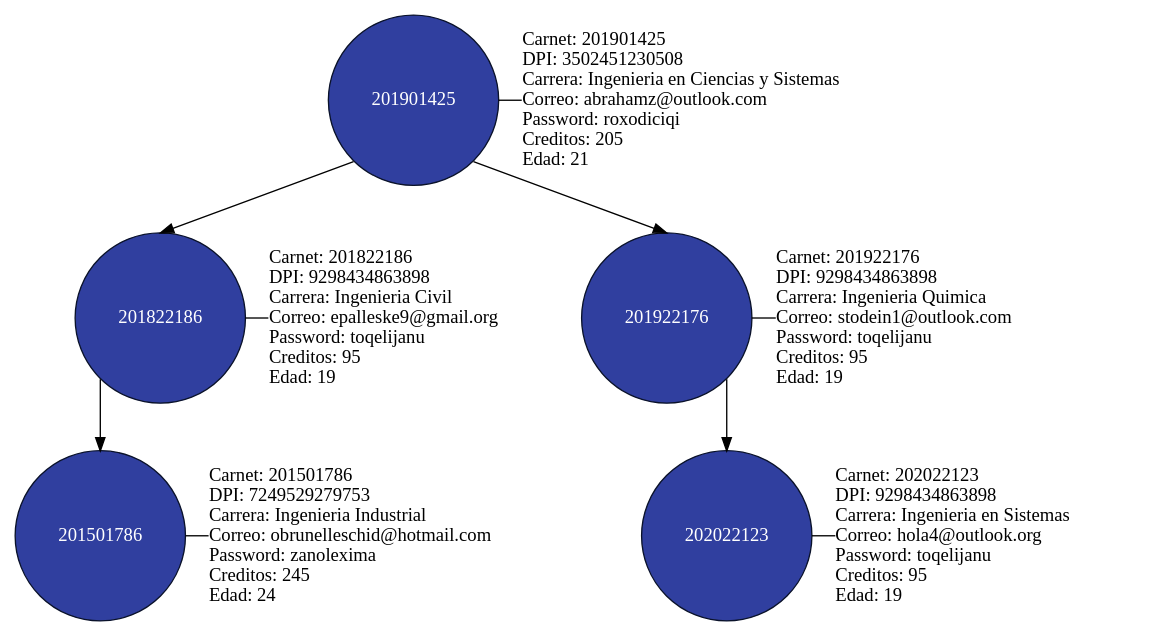
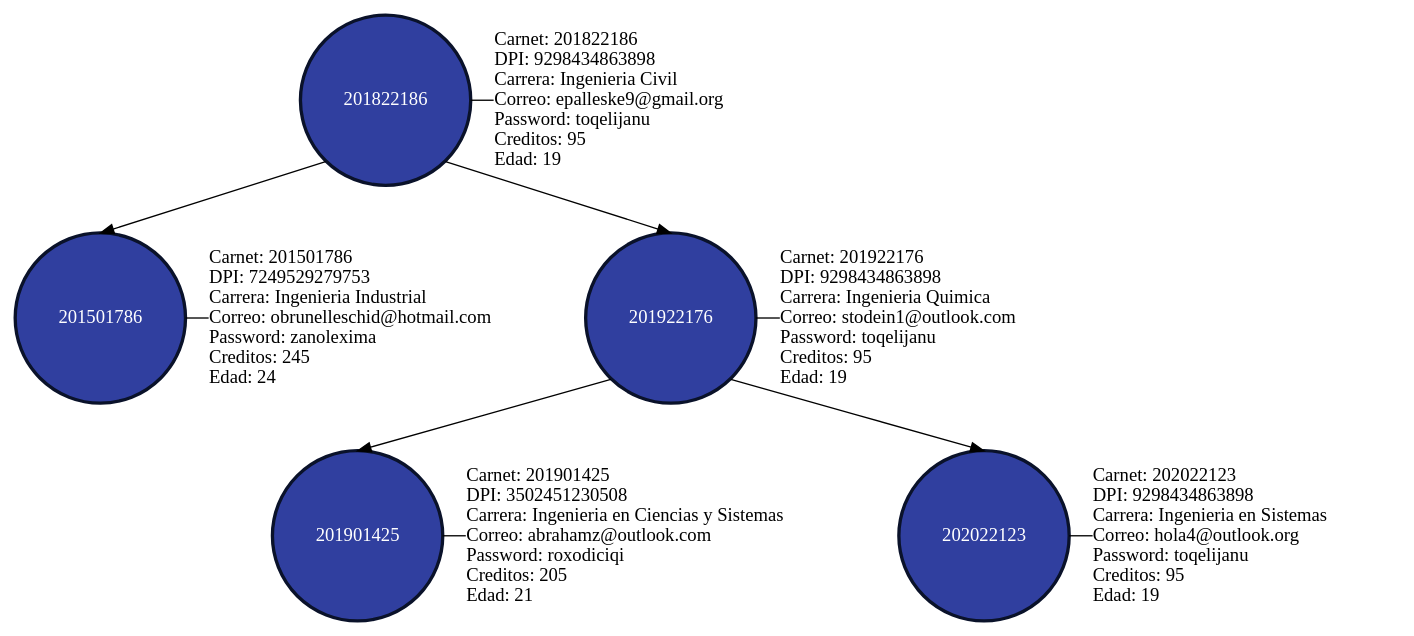
The diagram in Fase_2/Archivos_dot/AVL.dot (DanielDubonDR/EDD_SmartClass_201901772), drawn with Graphviz before and after one commit. The commit also changed 6 other files, not shown here.

```diff
--- a/Fase_2/Archivos_dot/AVL.dot
+++ b/Fase_2/Archivos_dot/AVL.dot
@@ -1,33 +1,33 @@
   
         digraph G
         {
             node[shape=circle, style=filled, fillcolor="#303F9F", fontcolor=white, color="#0A122A"];
             splines=false;
         
-		n201901425 [label = "201901425"];
-		n201901425 -> n201822186[tailport=sw headport=n];
-		n201901425 -> n201922176[tailport=se headport=n];
-		n201822186 [label = "201822186"];
+		n201822186 [label = "201822186" penwidth=2.5];
 		n201822186 -> n201501786[tailport=sw headport=n];
-		n201501786 [label = "201501786"];
-		n201922176 [label = "201922176"];
+		n201822186 -> n201922176[tailport=se headport=n];
+		n201501786 [label = "201501786" penwidth=2.5];
+		n201922176 [label = "201922176" penwidth=2.5];
+		n201922176 -> n201901425[tailport=sw headport=n];
 		n201922176 -> n202022123[tailport=se headport=n];
-		n202022123 [label = "202022123"];
+		n201901425 [label = "201901425" penwidth=2.5];
+		n202022123 [label = "202022123" penwidth=2.5];
 		edge[dir=none];
 		node[fillcolor=white, fontcolor=black];
 		201501786 [shape=plain label= "Carnet: 201501786\lDPI: 7249529279753\lCarrera: Ingenieria Industrial\lCorreo: obrunelleschid@hotmail.com\lPassword: zanolexima\lCreditos: 245\lEdad: 24\l"];
 		{rank=same; n201501786; 201501786}
 		n201501786 -> 201501786;
 		201822186 [shape=plain label= "Carnet: 201822186\lDPI: 9298434863898\lCarrera: Ingenieria Civil\lCorreo: epalleske9@gmail.org\lPassword: toqelijanu\lCreditos: 95\lEdad: 19\l"];
 		{rank=same; n201822186; 201822186}
 		n201822186 -> 201822186;
 		201901425 [shape=plain label= "Carnet: 201901425\lDPI: 3502451230508\lCarrera: Ingenieria en Ciencias y Sistemas\lCorreo: abrahamz@outlook.com\lPassword: roxodiciqi\lCreditos: 205\lEdad: 21\l"];
 		{rank=same; n201901425; 201901425}
 		n201901425 -> 201901425;
 		201922176 [shape=plain label= "Carnet: 201922176\lDPI: 9298434863898\lCarrera: Ingenieria Quimica\lCorreo: stodein1@outlook.com\lPassword: toqelijanu\lCreditos: 95\lEdad: 19\l"];
 		{rank=same; n201922176; 201922176}
 		n201922176 -> 201922176;
 		202022123 [shape=plain label= "Carnet: 202022123\lDPI: 9298434863898\lCarrera: Ingenieria en Sistemas\lCorreo: hola4@outlook.org\lPassword: toqelijanu\lCreditos: 95\lEdad: 19\l"];
 		{rank=same; n202022123; 202022123}
 		n202022123 -> 202022123;
 	}
```
